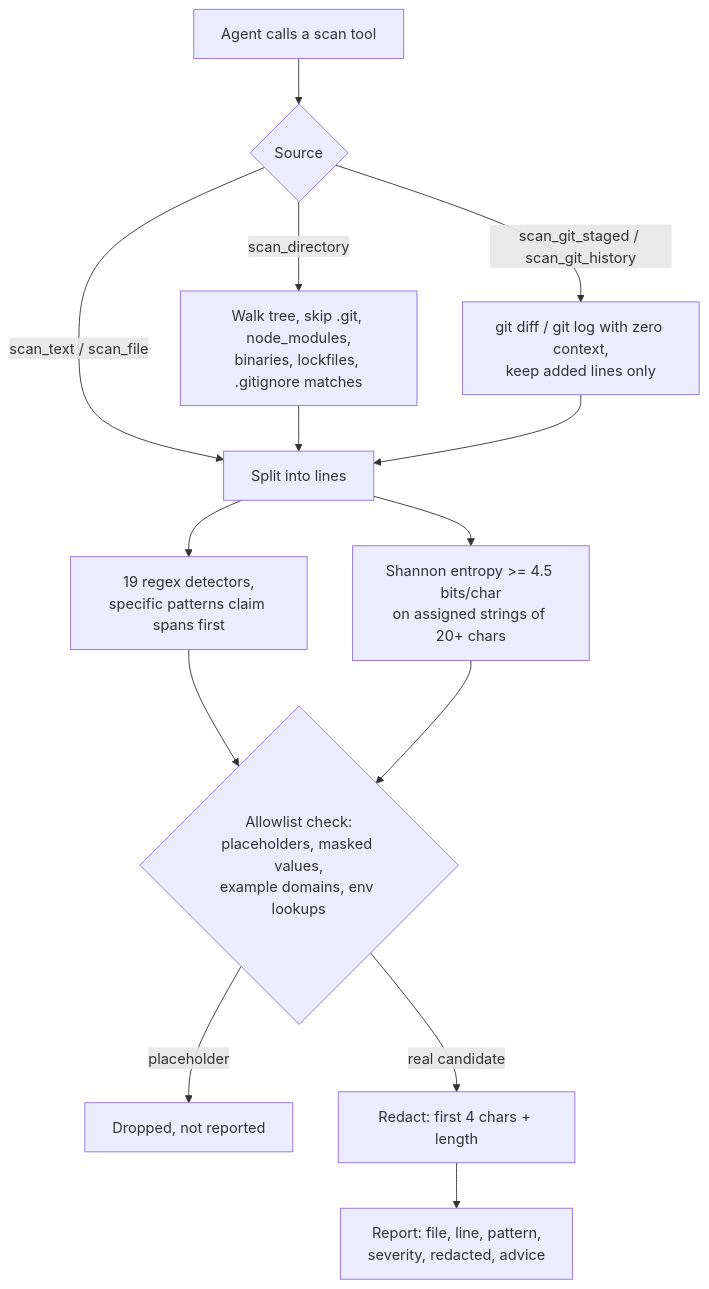
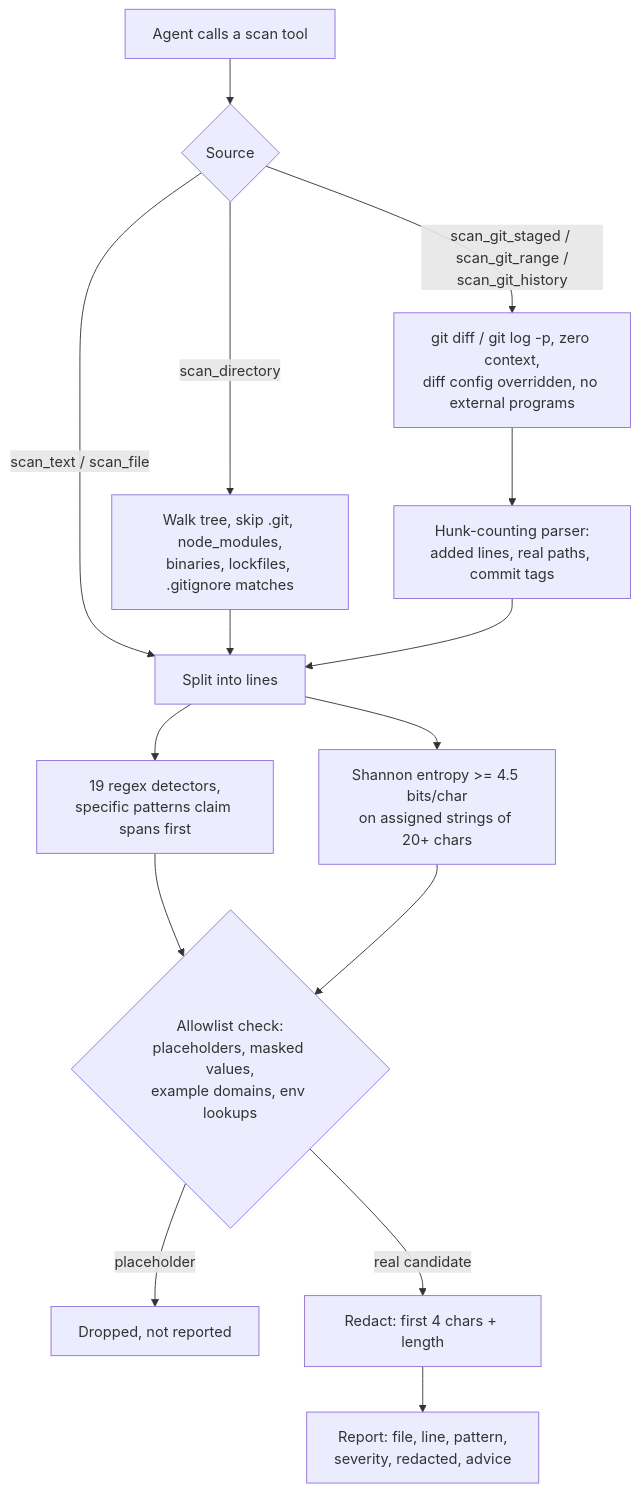
One commit to AleBrito124356/mcp-secret-sentinel changed the diagram in README.md. Above: the diagram before and after it, drawn with Mermaid. The commit also changed other lines of this file and 5 other files, not shown here.

````diff
--- a/README.md
+++ b/README.md
@@ -70,14 +84,14 @@
 ```mermaid
 flowchart TD
     A[Agent calls a scan tool] --> B{Source}
     B -->|scan_text / scan_file| C[Split into lines]
     B -->|scan_directory| D[Walk tree, skip .git, node_modules,<br/>binaries, lockfiles, .gitignore matches] --> C
-    B -->|scan_git_staged / scan_git_history| E[git diff / git log with zero context,<br/>keep added lines only] --> C
+    B -->|scan_git_staged / scan_git_range /<br/>scan_git_history| E[git diff / git log -p, zero context,<br/>diff config overridden, no external programs] --> P[Hunk-counting parser:<br/>added lines, real paths, commit tags] --> C
     C --> F[19 regex detectors,<br/>specific patterns claim spans first]
     C --> G[Shannon entropy >= 4.5 bits/char<br/>on assigned strings of 20+ chars]
     F --> H{Allowlist check:<br/>placeholders, masked values,<br/>example domains, env lookups}
     G --> H
     H -->|placeholder| I[Dropped, not reported]
     H -->|real candidate| J[Redact: first 4 chars + length]
     J --> K[Report: file, line, pattern,<br/>severity, redacted, advice]
 ```
````
